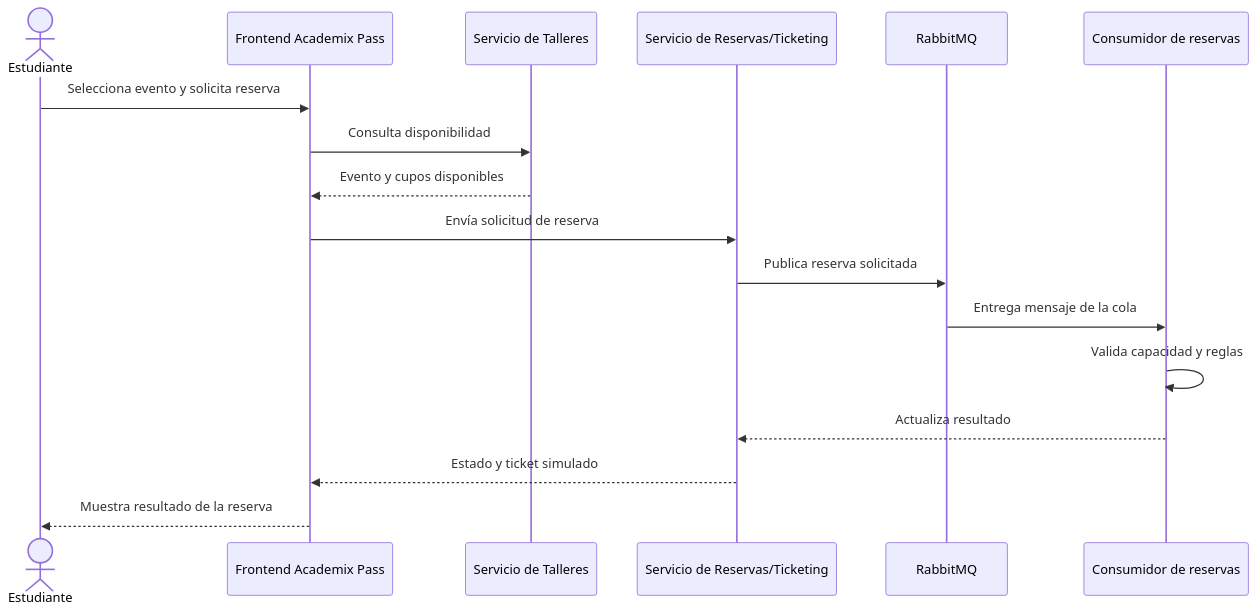
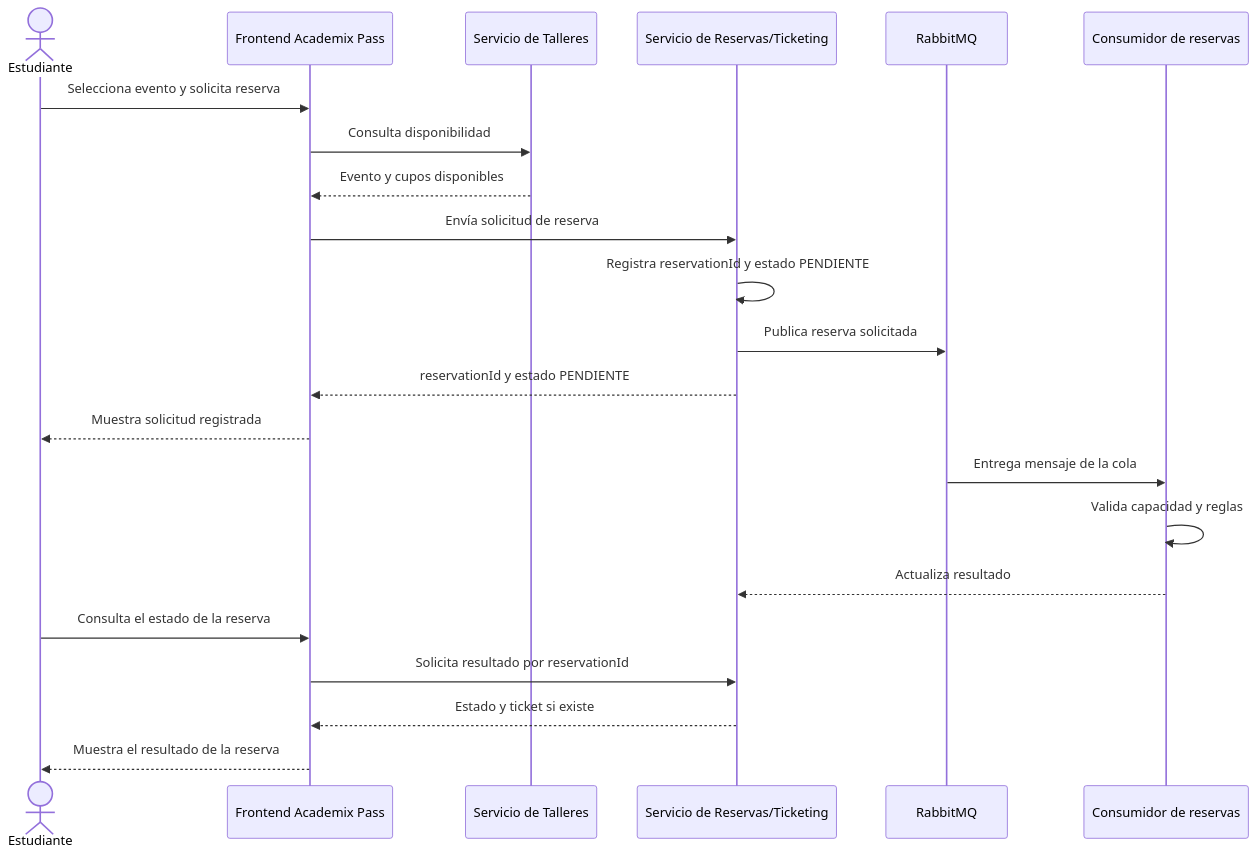
The diagram in Documentacion/Practica7/DocumentoTecnico_Practica7.md (thanya-gate/SA_PROYECTO_202307691), drawn with Mermaid before and after one commit. The commit also changed other lines of this file and 14 other files, not shown here.

Commit message:
docs(practica7): mejorar legibilidad en diagramas de cdu

```diff
--- a/Documentacion/Practica7/DocumentoTecnico_Practica7.md
+++ b/Documentacion/Practica7/DocumentoTecnico_Practica7.md
@@ -557,20 +574,25 @@
 ~~~mermaid
 sequenceDiagram
     actor E as Estudiante
     participant F as Frontend Academix Pass
     participant T as Servicio de Talleres
     participant R as Servicio de Reservas/Ticketing
     participant B as RabbitMQ
     participant C as Consumidor de reservas
 
     E->>F: Selecciona evento y solicita reserva
     F->>T: Consulta disponibilidad
     T-->>F: Evento y cupos disponibles
     F->>R: Envía solicitud de reserva
+    R->>R: Registra reservationId y estado PENDIENTE
     R->>B: Publica reserva solicitada
+    R-->>F: reservationId y estado PENDIENTE
+    F-->>E: Muestra solicitud registrada
     B->>C: Entrega mensaje de la cola
     C->>C: Valida capacidad y reglas
     C-->>R: Actualiza resultado
-    R-->>F: Estado y ticket simulado
-    F-->>E: Muestra resultado de la reserva
+    E->>F: Consulta el estado de la reserva
+    F->>R: Solicita resultado por reservationId
+    R-->>F: Estado y ticket si existe
+    F-->>E: Muestra el resultado de la reserva
 ~~~
```
